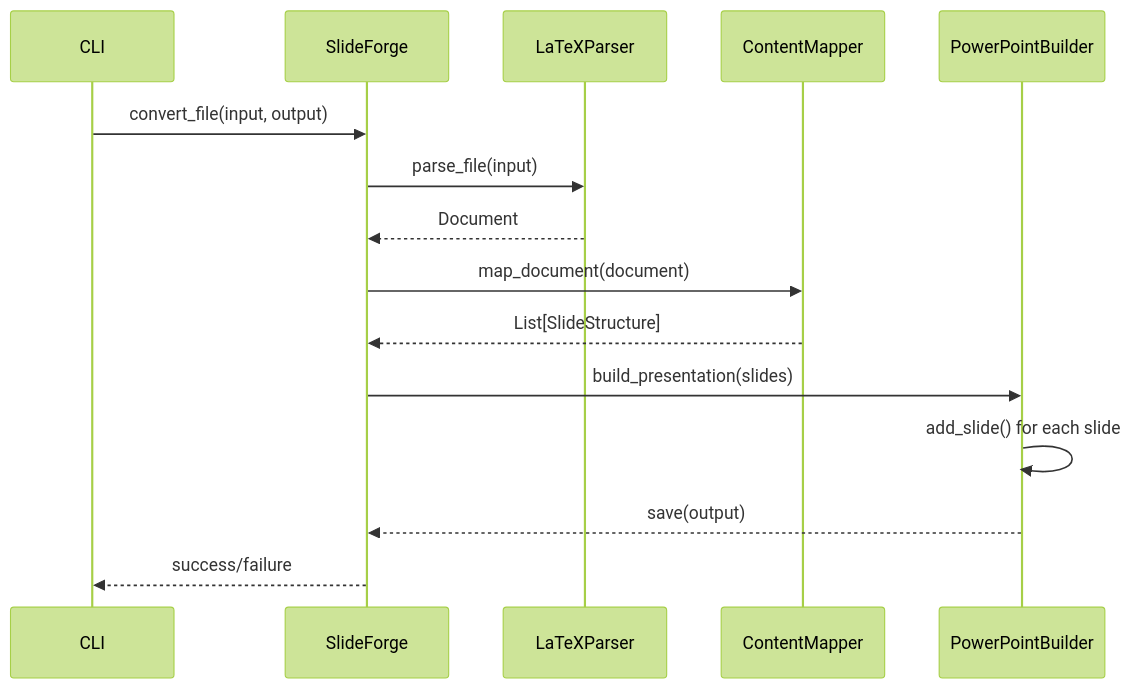
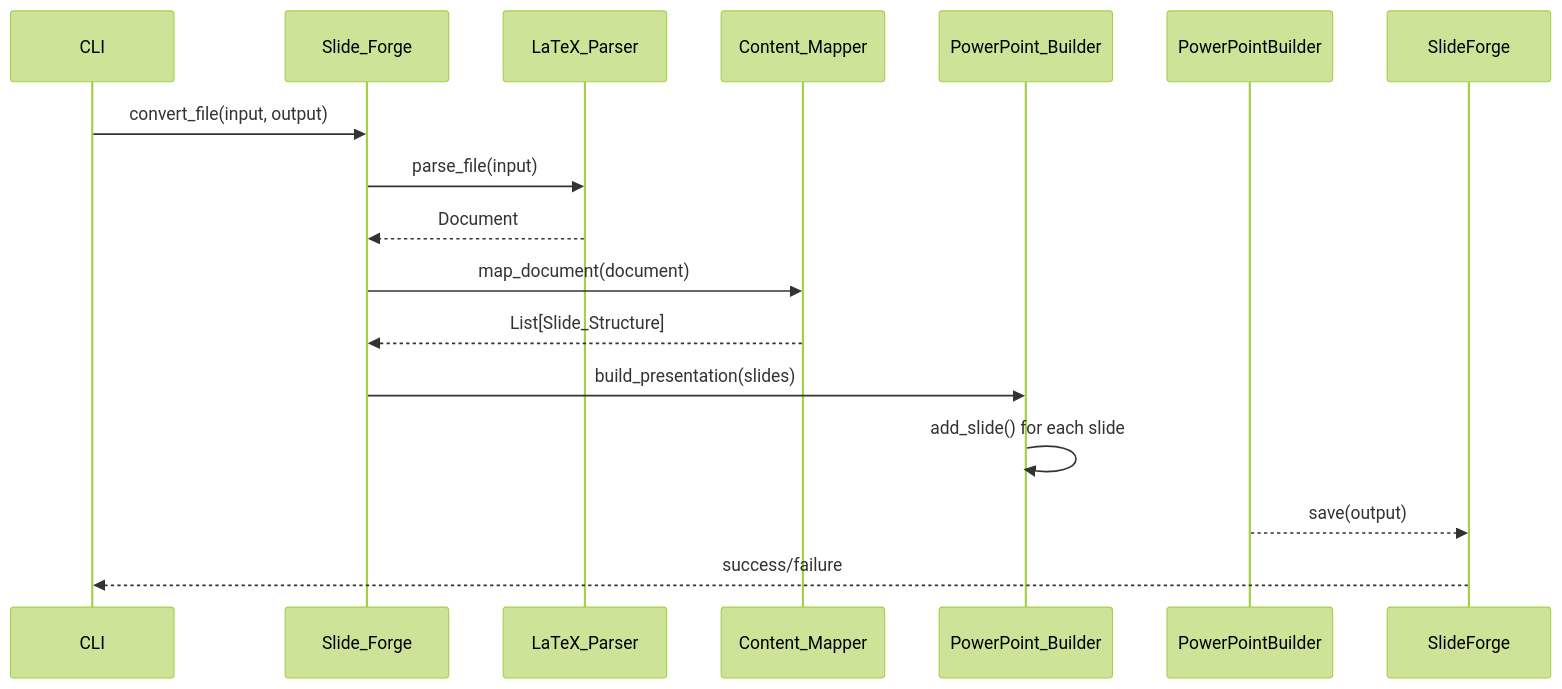
One commit to marvins/slide-forge changed the fifth of 7 diagrams in docs/class-diagrams.md. Above: the diagram before and after it, drawn with Mermaid (forest theme). The commit also changed other lines of this file and 9 other files, not shown here.

````diff
--- a/docs/class-diagrams.md
+++ b/docs/class-diagrams.md
@@ -173,18 +173,18 @@
 ```mermaid
 sequenceDiagram
     participant CLI
-    participant SlideForge
-    participant LaTeXParser
-    participant ContentMapper
-    participant PowerPointBuilder
+    participant Slide_Forge
+    participant LaTeX_Parser
+    participant Content_Mapper
+    participant PowerPoint_Builder
 
-    CLI->>SlideForge: convert_file(input, output)
-    SlideForge->>LaTeXParser: parse_file(input)
-    LaTeXParser-->>SlideForge: Document
-    SlideForge->>ContentMapper: map_document(document)
-    ContentMapper-->>SlideForge: List[SlideStructure]
-    SlideForge->>PowerPointBuilder: build_presentation(slides)
-    PowerPointBuilder->>PowerPointBuilder: add_slide() for each slide
+    CLI->>Slide_Forge: convert_file(input, output)
+    Slide_Forge->>LaTeX_Parser: parse_file(input)
+    LaTeX_Parser-->>Slide_Forge: Document
+    Slide_Forge->>Content_Mapper: map_document(document)
+    Content_Mapper-->>Slide_Forge: List[Slide_Structure]
+    Slide_Forge->>PowerPoint_Builder: build_presentation(slides)
+    PowerPoint_Builder->>PowerPoint_Builder: add_slide() for each slide
     PowerPointBuilder-->>SlideForge: save(output)
     SlideForge-->>CLI: success/failure
 ```
````
